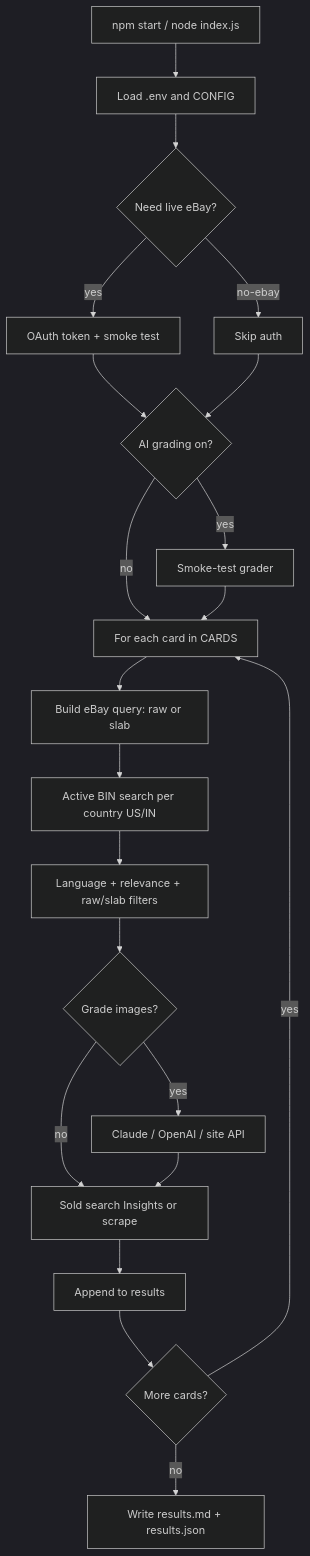
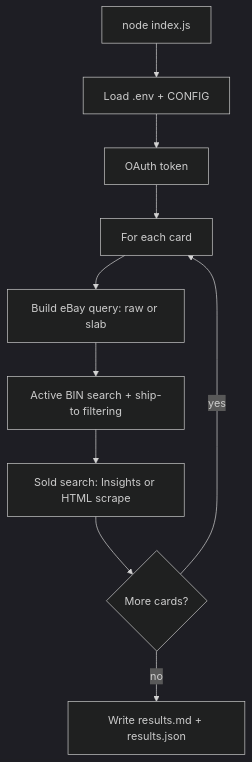
Before and after one commit to Pyronewbic/casecomp: the first of 2 diagrams in README.md, drawn with Mermaid (dark theme). The commit also changed other lines of this file and 9 other files, not shown here.

````diff
--- a/README.md
+++ b/README.md
@@ -32,23 +101,12 @@
 ```mermaid
 flowchart TD
-  A[npm start / node index.js] --> B[Load .env and CONFIG]
-  B --> C{Need live eBay?}
-  C -->|yes| D[OAuth token + smoke test]
-  C -->|no-ebay| E[Skip auth]
-  D --> F{AI grading on?}
-  E --> F
-  F -->|yes| G[Smoke-test grader]
-  F -->|no| H[For each card in CARDS]
-  G --> H
-  H --> I[Build eBay query: raw or slab]
-  I --> J[Active BIN search per country US/IN]
-  J --> K[Language + relevance + raw/slab filters]
-  K --> L{Grade images?}
-  L -->|yes| M[Claude / OpenAI / site API]
-  L -->|no| N[Sold search Insights or scrape]
-  M --> N
-  N --> O[Append to results]
-  O --> P{More cards?}
-  P -->|yes| H
-  P -->|no| Q[Write results.md + results.json]
+  A[node index.js] --> B[Load .env + CONFIG]
+  B --> C[OAuth token]
+  C --> D[For each card]
+  D --> E[Build eBay query: raw or slab]
+  E --> F[Active BIN search + ship-to filtering]
+  F --> G[Sold search: Insights or HTML scrape]
+  G --> H{More cards?}
+  H -->|yes| D
+  H -->|no| I[Write results.md + results.json]
 ```
````
